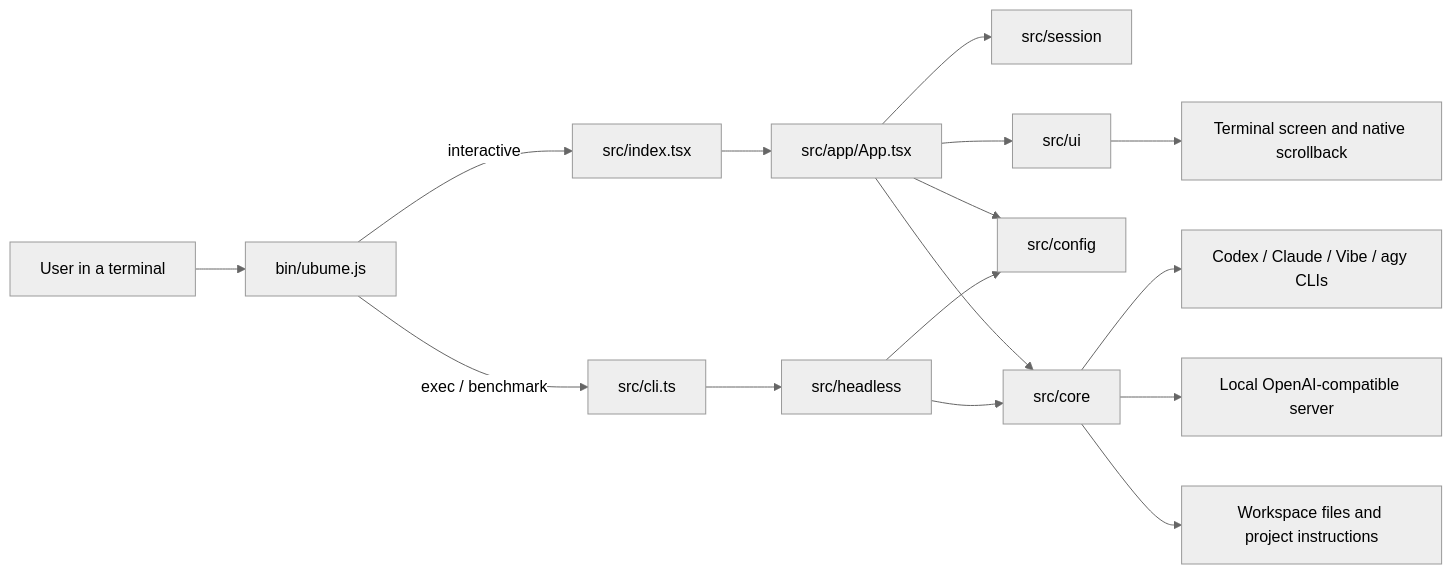
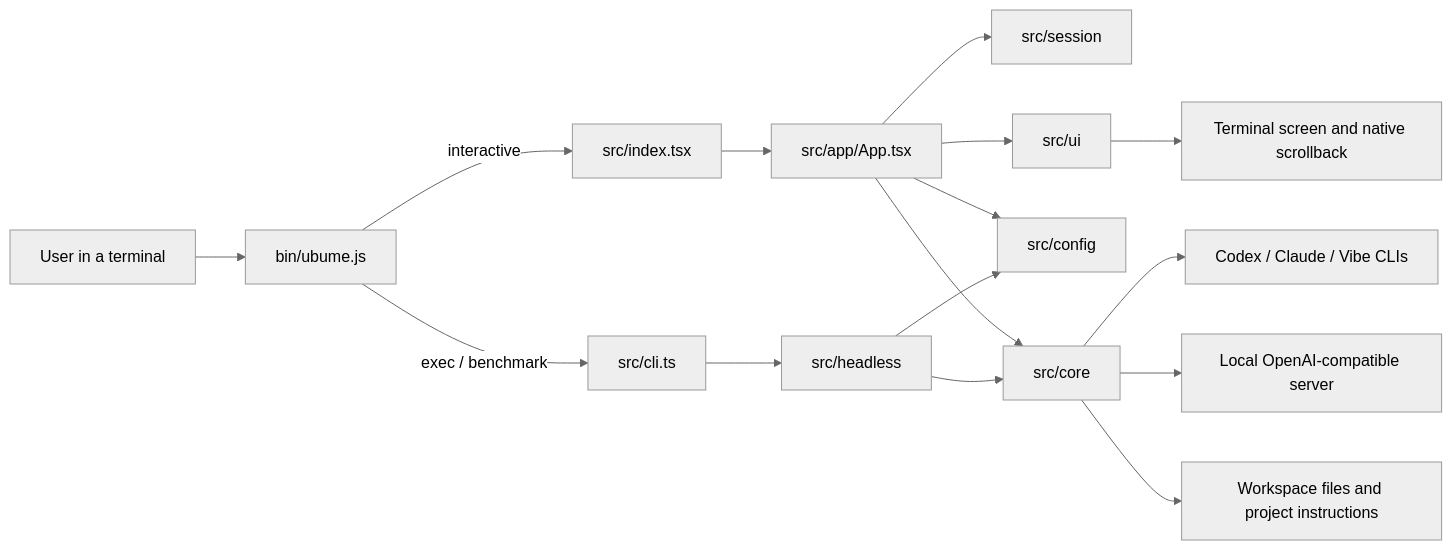
One commit to golba98/Codexa changed the second of 9 diagrams in docs/ARCHITECTURE.md. Above: the diagram before and after it, drawn with Mermaid (neutral theme). The commit also changed other lines of this file and 57 other files, not shown here.

````diff
--- a/docs/ARCHITECTURE.md
+++ b/docs/ARCHITECTURE.md
@@ -56,21 +56,21 @@
 ```mermaid
 flowchart LR
   User[User in a terminal] --> Launcher[bin/ubume.js]
   Launcher -->|interactive| Entry[src/index.tsx]
   Launcher -->|exec / benchmark| Exec[src/cli.ts]
 
   Entry --> App[src/app/App.tsx]
   App --> Session[src/session]
   App --> UI[src/ui]
   App --> Config[src/config]
   App --> Core[src/core]
 
   Exec --> Headless[src/headless]
   Headless --> Config
   Headless --> Core
 
-  Core --> ProviderCLIs[Codex / Claude / Vibe / agy CLIs]
+  Core --> ProviderCLIs[Codex / Claude / Vibe CLIs]
   Core --> LocalServer[Local OpenAI-compatible server]
   Core --> Workspace[Workspace files and project instructions]
   UI --> Terminal[Terminal screen and native scrollback]
 ```
````
